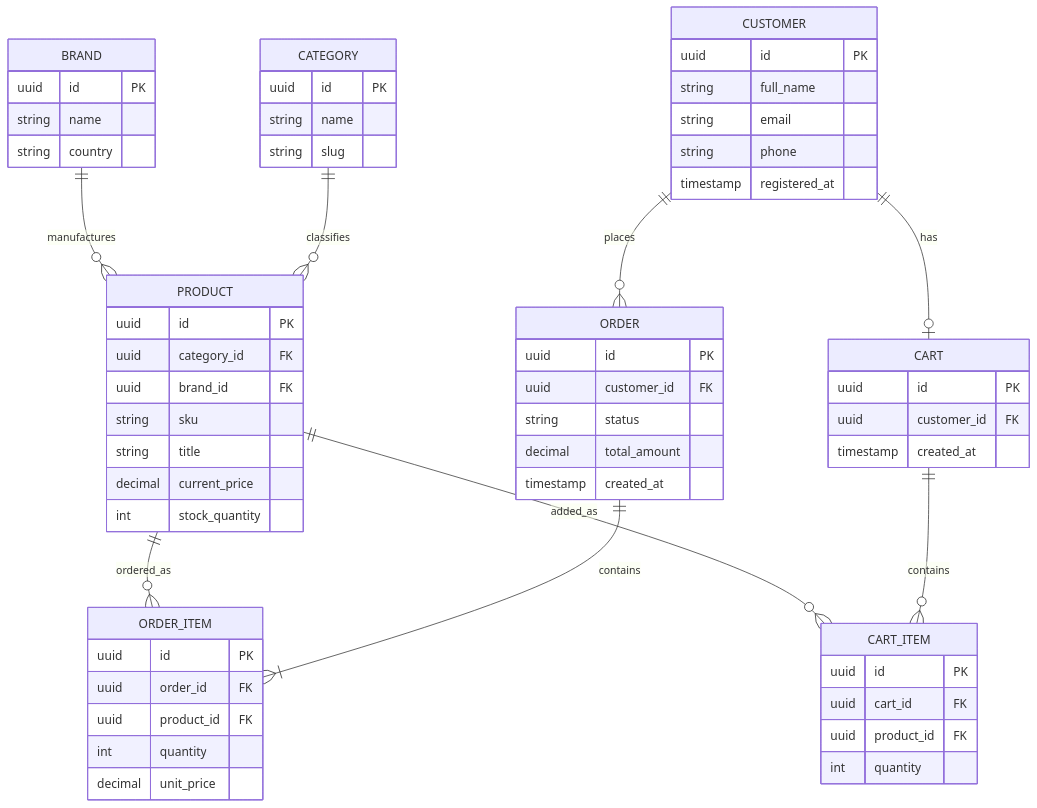
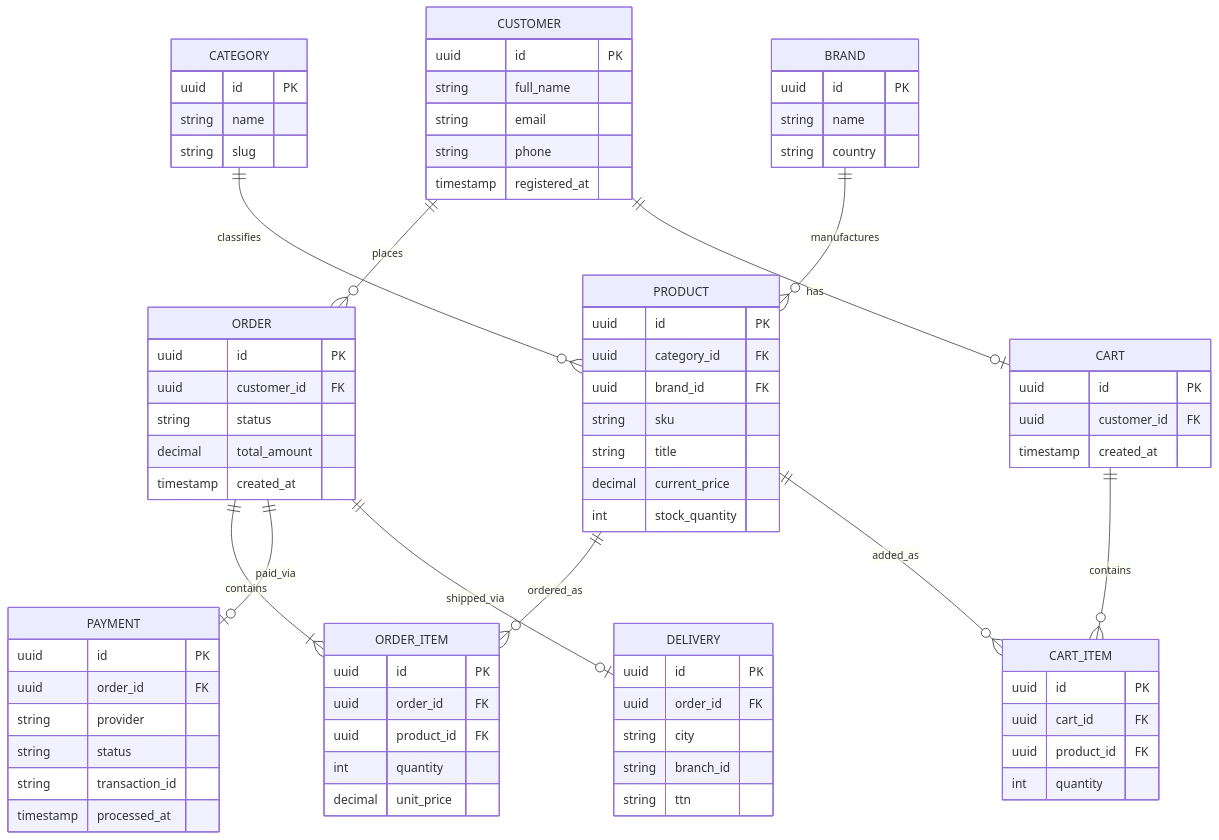
The diagram in diagram.mmd (AlegZabivnoy/Software-engineering-components-2-), drawn with Mermaid before and after one commit. The commit also changed 3 other files, not shown here.

Commit message:
feat: add payment and delivery entities

```diff
--- a/diagram.mmd
+++ b/diagram.mmd
@@ -1,69 +1,88 @@
 erDiagram
 
 CUSTOMER ||--o{ ORDER : places
 ORDER ||--|{ ORDER_ITEM : contains
 PRODUCT ||--o{ ORDER_ITEM : ordered_as
 CATEGORY ||--o{ PRODUCT : classifies
 BRAND ||--o{ PRODUCT : manufactures
 CUSTOMER ||--o| CART : has
 CART ||--o{ CART_ITEM : contains
 PRODUCT ||--o{ CART_ITEM : added_as
+ORDER ||--o| PAYMENT : paid_via
+ORDER ||--o| DELIVERY : shipped_via
 
 CUSTOMER {
     uuid id PK
     string full_name
     string email
     string phone
     timestamp registered_at
 }
 
 ORDER {
     uuid id PK
     uuid customer_id FK
     string status
     decimal total_amount
     timestamp created_at
 }
 
 ORDER_ITEM {
     uuid id PK
     uuid order_id FK
     uuid product_id FK
     int quantity
     decimal unit_price
 }
 
 PRODUCT {
     uuid id PK
     uuid category_id FK
     uuid brand_id FK
     string sku
     string title
     decimal current_price
     int stock_quantity
 }
 
 CATEGORY {
     uuid id PK
     string name
     string slug
 }
 
 BRAND {
     uuid id PK
     string name
     string country
 }
 
 CART {
     uuid id PK
     uuid customer_id FK
     timestamp created_at
 }
 
 CART_ITEM {
     uuid id PK
     uuid cart_id FK
     uuid product_id FK
     int quantity
 }
+
+PAYMENT {
+    uuid id PK
+    uuid order_id FK
+    string provider
+    string status
+    string transaction_id
+    timestamp processed_at
+}
+
+DELIVERY {
+    uuid id PK
+    uuid order_id FK
+    string city
+    string branch_id
+    string ttn
+}
```
